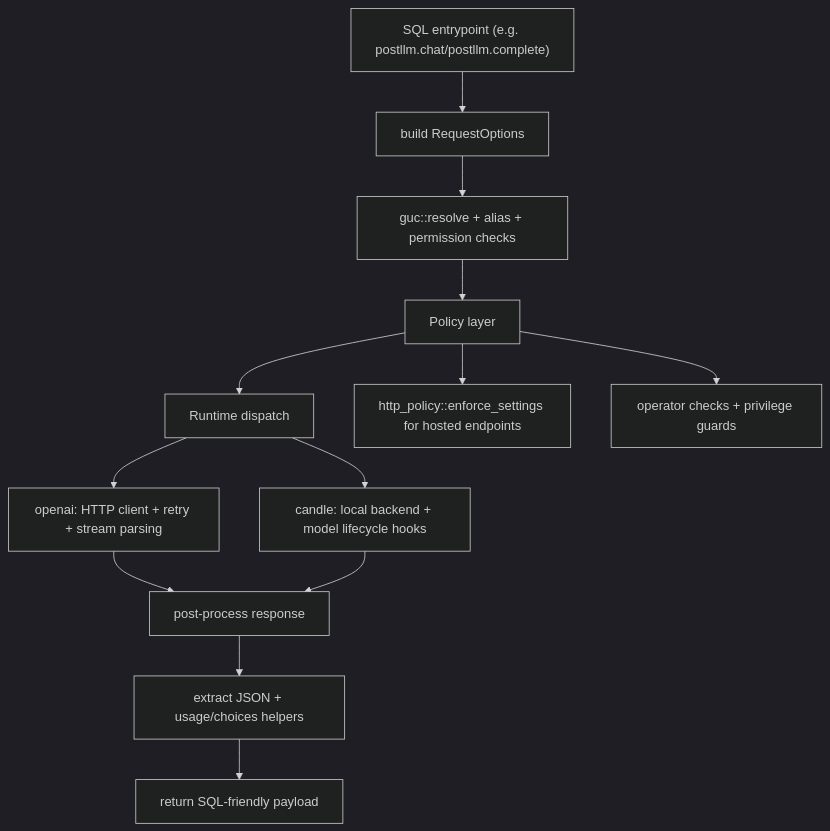
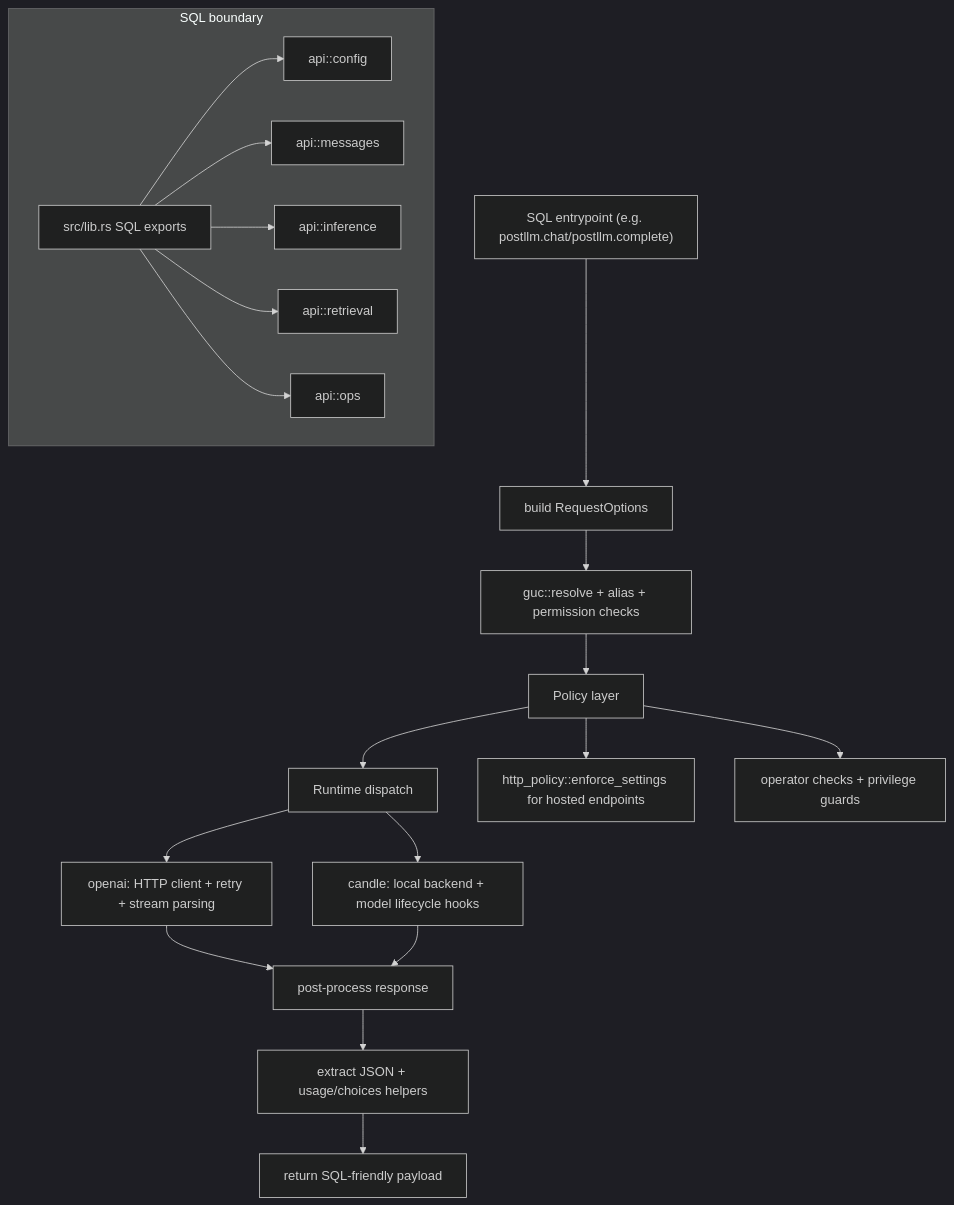
The diagram in docs/architecture.md (mrcsparker/postllm), drawn with Mermaid (dark theme) before and after one commit. The commit also changed other lines of this file and 17 other files, not shown here.

````diff
--- a/docs/architecture.md
+++ b/docs/architecture.md
@@ -5,15 +5,30 @@
 ```mermaid
 flowchart TD
     A["SQL entrypoint (e.g. postllm.chat/postllm.complete)"] --> B["build RequestOptions"]
     B --> C["guc::resolve + alias + permission checks"]
     C --> D["Policy layer"]
     D --> E["Runtime dispatch"]
     E --> F["openai: HTTP client + retry + stream parsing"]
     E --> G["candle: local backend + model lifecycle hooks"]
     F --> H["post-process response"]
     G --> H
     H --> I["extract JSON + usage/choices helpers"]
     I --> J["return SQL-friendly payload"]
     D --> K["http_policy::enforce_settings for hosted endpoints"]
     D --> L["operator checks + privilege guards"]
+
+    subgraph "SQL boundary"
+        S["src/lib.rs SQL exports"]
+        N["api::config"]
+        O["api::messages"]
+        P["api::inference"]
+        Q["api::retrieval"]
+        R["api::ops"]
+    end
+
+    S --> N
+    S --> O
+    S --> P
+    S --> Q
+    S --> R
 ```
````
